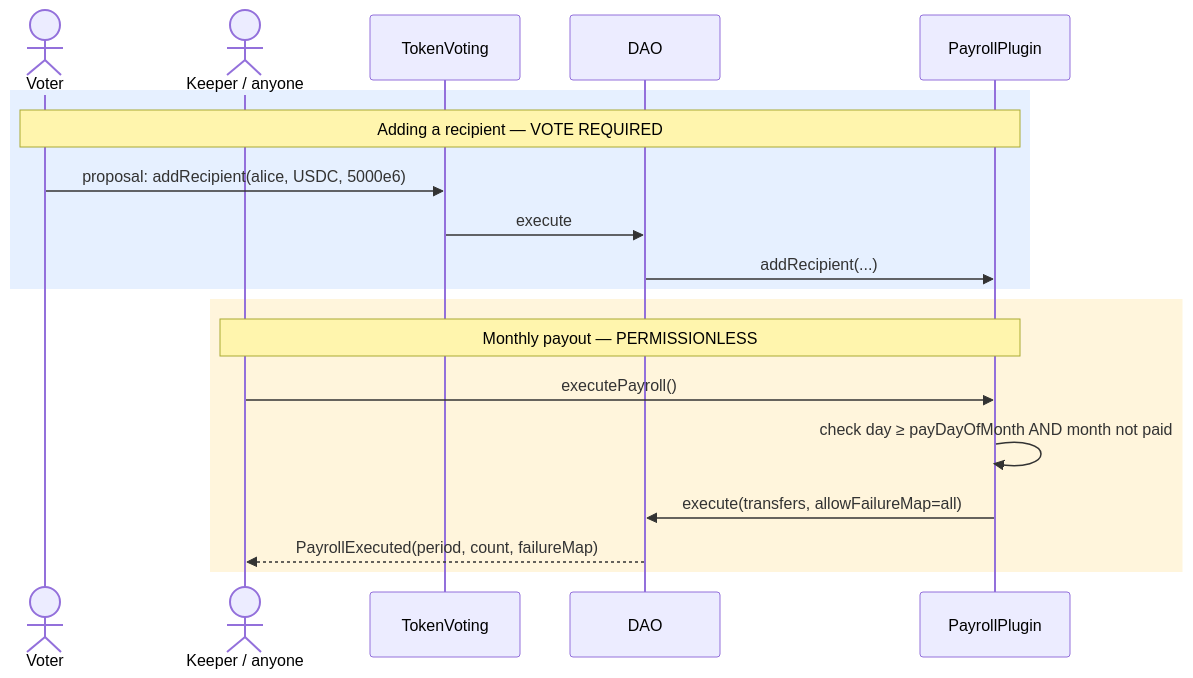
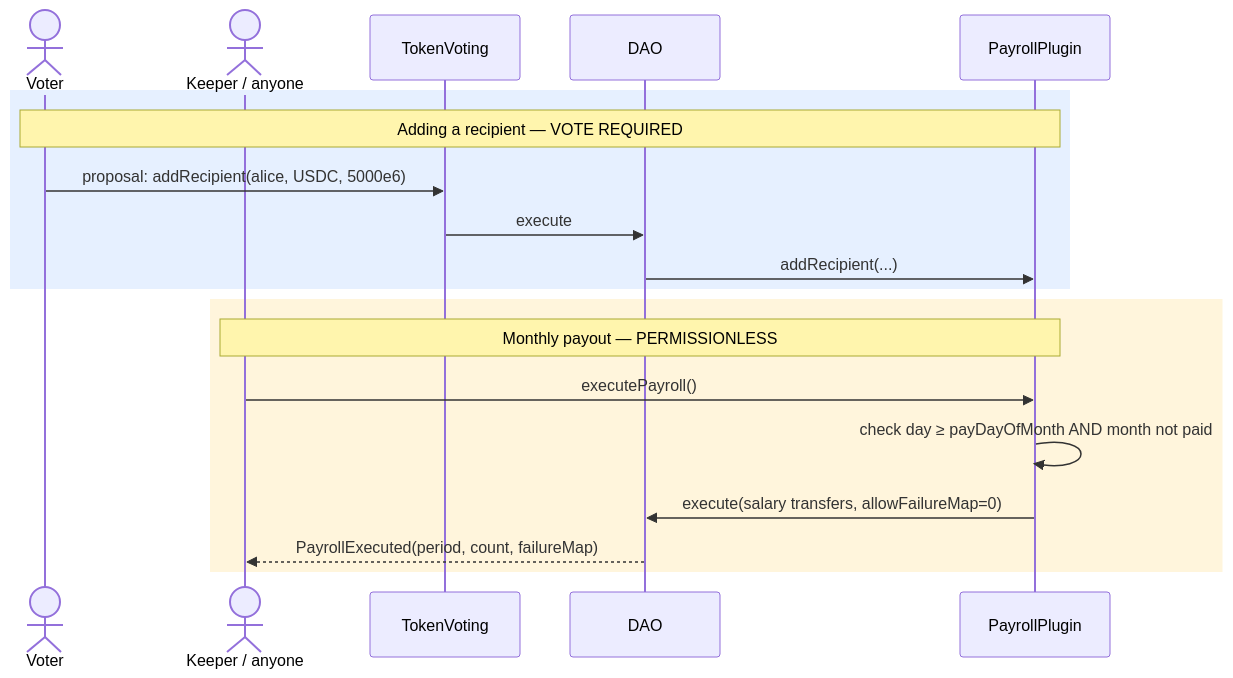
Before and after one commit to CyberdyneCorp/cyberdyne_dao_contracts: the sixth of 11 diagrams in README.md, drawn with Mermaid. The commit also changed other lines of this file and 10 other files, not shown here.

````diff
--- a/README.md
+++ b/README.md
@@ -211,23 +211,23 @@
 ```mermaid
 sequenceDiagram
     actor V as Voter
     actor K as Keeper / anyone
     participant TV as TokenVoting
     participant D as DAO
     participant PAY as PayrollPlugin
 
     rect rgb(230, 240, 255)
         Note over V,PAY: Adding a recipient — VOTE REQUIRED
         V->>TV: proposal: addRecipient(alice, USDC, 5000e6)
         TV->>D: execute
         D->>PAY: addRecipient(...)
     end
 
     rect rgb(255, 245, 220)
         Note over K,PAY: Monthly payout — PERMISSIONLESS
         K->>PAY: executePayroll()
         PAY->>PAY: check day ≥ payDayOfMonth AND month not paid
-        PAY->>D: execute(transfers, allowFailureMap=all)
+        PAY->>D: execute(salary transfers, allowFailureMap=0)
         D-->>K: PayrollExecuted(period, count, failureMap)
     end
 ```
````
